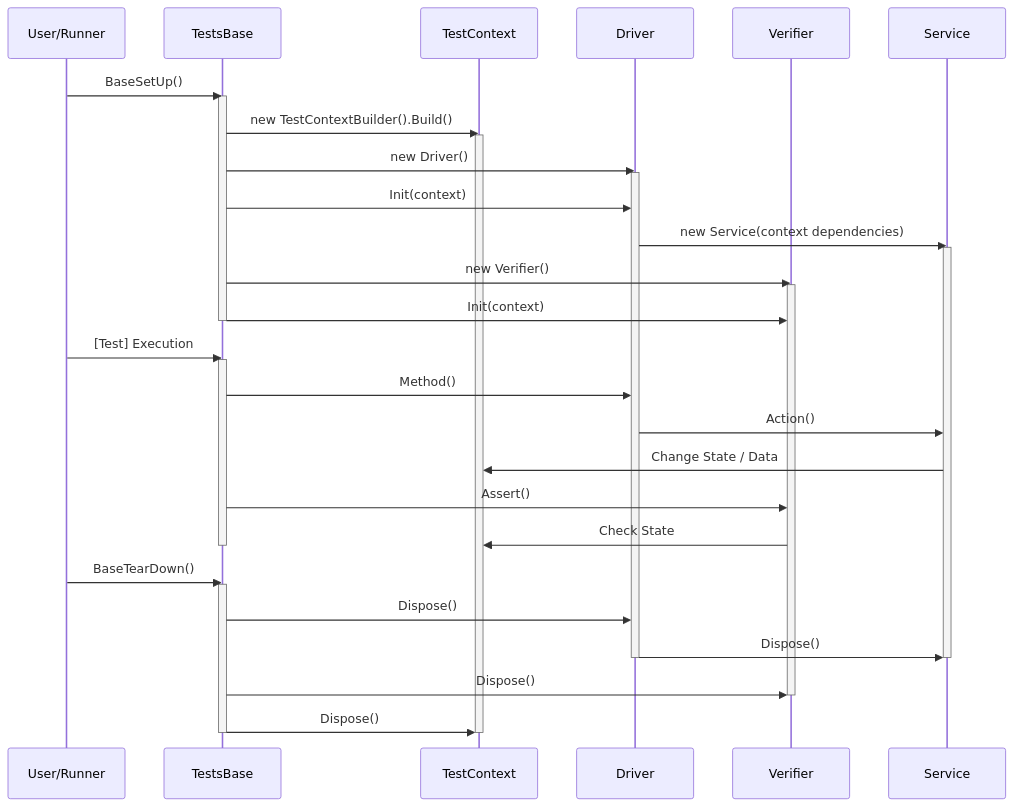
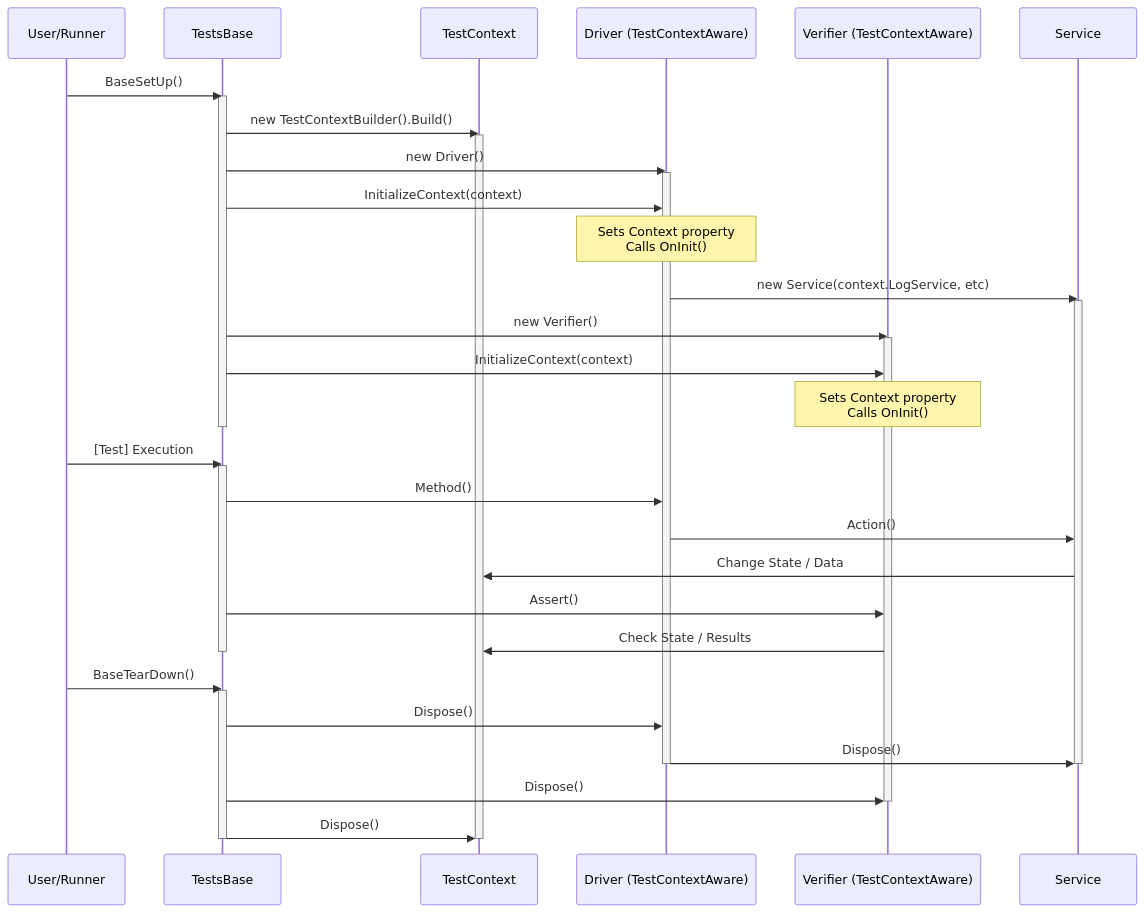
The diagram in documentation.md (dmytro-petrichenko/automation-tests-poc), drawn with Mermaid before and after one commit. The commit also changed other lines of this file and 2 other files, not shown here.

````diff
--- a/documentation.md
+++ b/documentation.md
@@ -214,46 +244,48 @@
 ```mermaid
 sequenceDiagram
     participant Runner as User/Runner
     participant Base as TestsBase
     participant Context as TestContext
-    participant Driver as Driver
-    participant Verifier as Verifier
+    participant Driver as Driver (TestContextAware)
+    participant Verifier as Verifier (TestContextAware)
     participant Service as Service
 
     Runner->>Base: BaseSetUp()
     activate Base
     Base->>Context: new TestContextBuilder().Build()
     activate Context
-
+    
     Base->>Driver: new Driver()
     activate Driver
-    Base->>Driver: Init(context)
-    Driver->>Service: new Service(context dependencies)
+    Base->>Driver: InitializeContext(context)
+    Note over Driver: Sets Context property<br/>Calls OnInit()
+    Driver->>Service: new Service(context.LogService, etc)
     activate Service
 
     Base->>Verifier: new Verifier()
     activate Verifier
-    Base->>Verifier: Init(context)
+    Base->>Verifier: InitializeContext(context)
+    Note over Verifier: Sets Context property<br/>Calls OnInit()
     deactivate Base
 
     Runner->>Base: [Test] Execution
     activate Base
     Base->>Driver: Method()
     Driver->>Service: Action()
     Service->>Context: Change State / Data
     Base->>Verifier: Assert()
-    Verifier->>Context: Check State
+    Verifier->>Context: Check State / Results
     deactivate Base
 
     Runner->>Base: BaseTearDown()
     activate Base
     Base->>Driver: Dispose()
     Driver->>Service: Dispose()
     deactivate Service
     deactivate Driver
     Base->>Verifier: Dispose()
     deactivate Verifier
     Base->>Context: Dispose()
     deactivate Context
     deactivate Base
 ```
````
